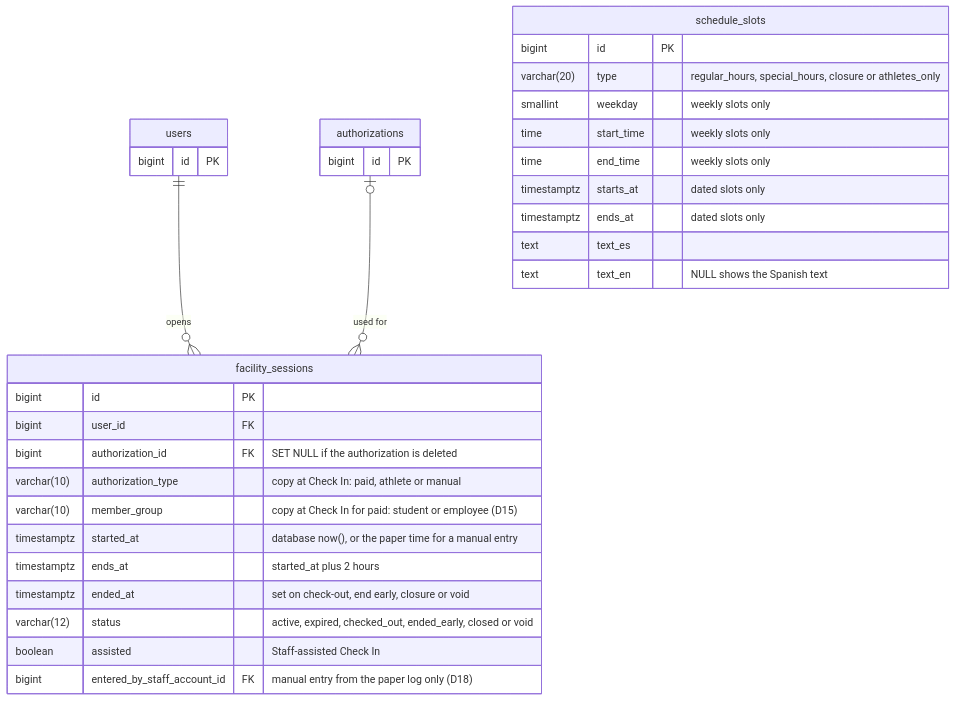
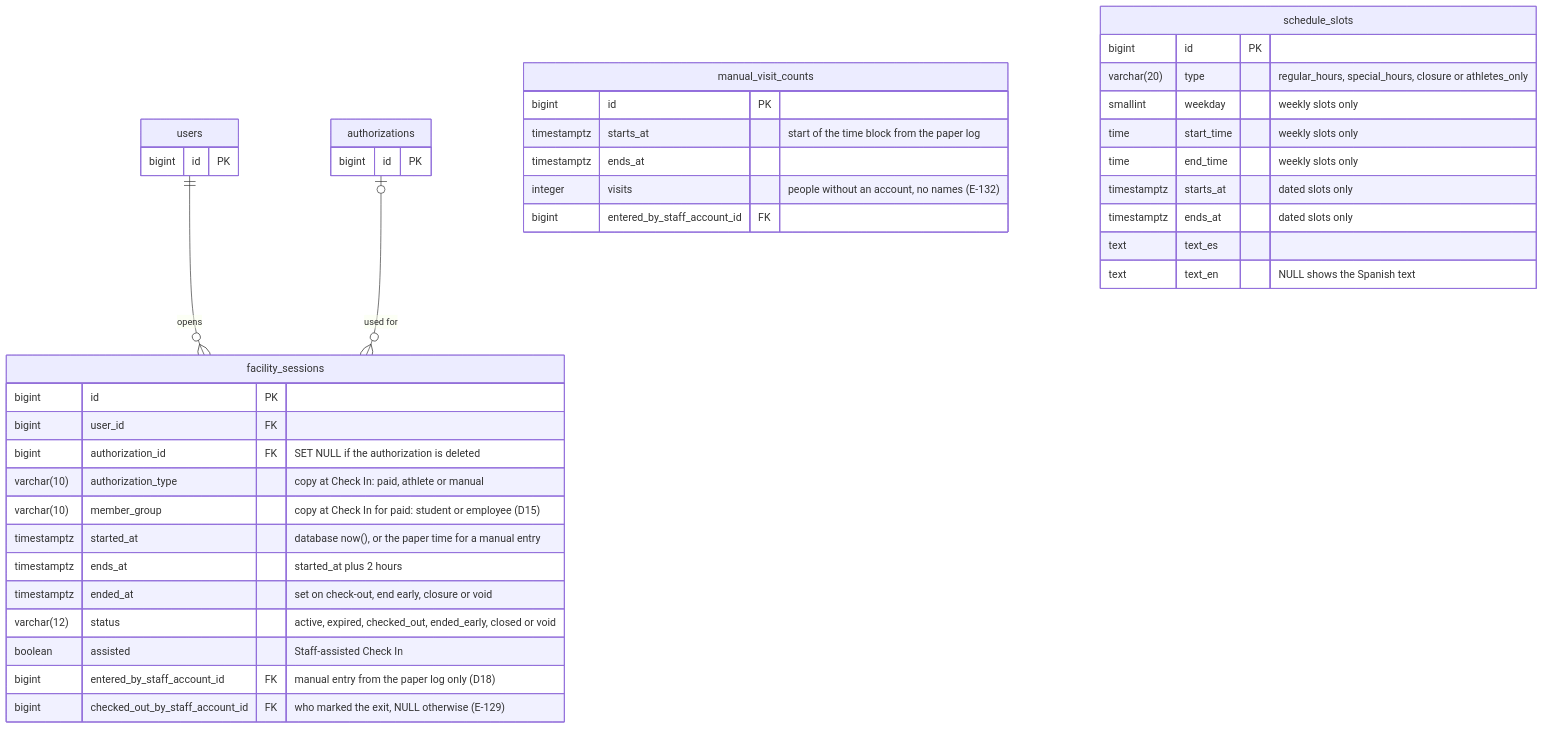
The third of 4 diagrams in docs/design/data-model.md (Th3-Minorities/natatorio-gym-app), drawn with Mermaid before and after one commit. The commit also changed other lines of this file and 6 other files, not shown here.

````diff
--- a/docs/design/data-model.md
+++ b/docs/design/data-model.md
@@ -207,36 +207,44 @@
 ```mermaid
 erDiagram
   users ||--o{ facility_sessions : "opens"
   authorizations |o--o{ facility_sessions : "used for"
 
   users {
     bigint id PK
   }
   authorizations {
     bigint id PK
   }
   facility_sessions {
     bigint id PK
     bigint user_id FK
     bigint authorization_id FK "SET NULL if the authorization is deleted"
     varchar(10) authorization_type "copy at Check In: paid, athlete or manual"
     varchar(10) member_group "copy at Check In for paid: student or employee (D15)"
     timestamptz started_at "database now(), or the paper time for a manual entry"
     timestamptz ends_at "started_at plus 2 hours"
     timestamptz ended_at "set on check-out, end early, closure or void"
     varchar(12) status "active, expired, checked_out, ended_early, closed or void"
     boolean assisted "Staff-assisted Check In"
     bigint entered_by_staff_account_id FK "manual entry from the paper log only (D18)"
+    bigint checked_out_by_staff_account_id FK "who marked the exit, NULL otherwise (E-129)"
+  }
+  manual_visit_counts {
+    bigint id PK
+    timestamptz starts_at "start of the time block from the paper log"
+    timestamptz ends_at
+    integer visits "people without an account, no names (E-132)"
+    bigint entered_by_staff_account_id FK
   }
   schedule_slots {
     bigint id PK
     varchar(20) type "regular_hours, special_hours, closure or athletes_only"
     smallint weekday "weekly slots only"
     time start_time "weekly slots only"
     time end_time "weekly slots only"
     timestamptz starts_at "dated slots only"
     timestamptz ends_at "dated slots only"
     text text_es
     text text_en "NULL shows the Spanish text"
   }
 ```
````
